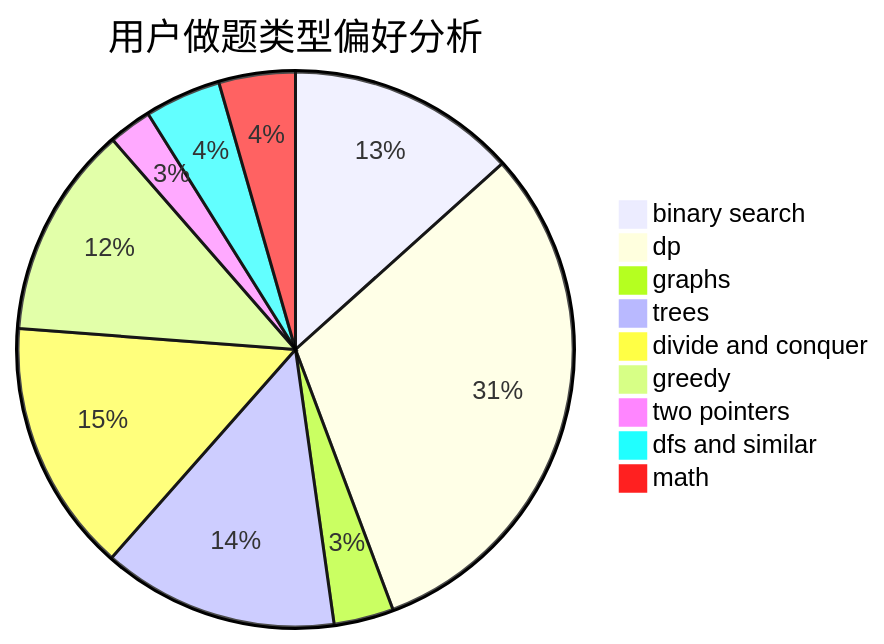
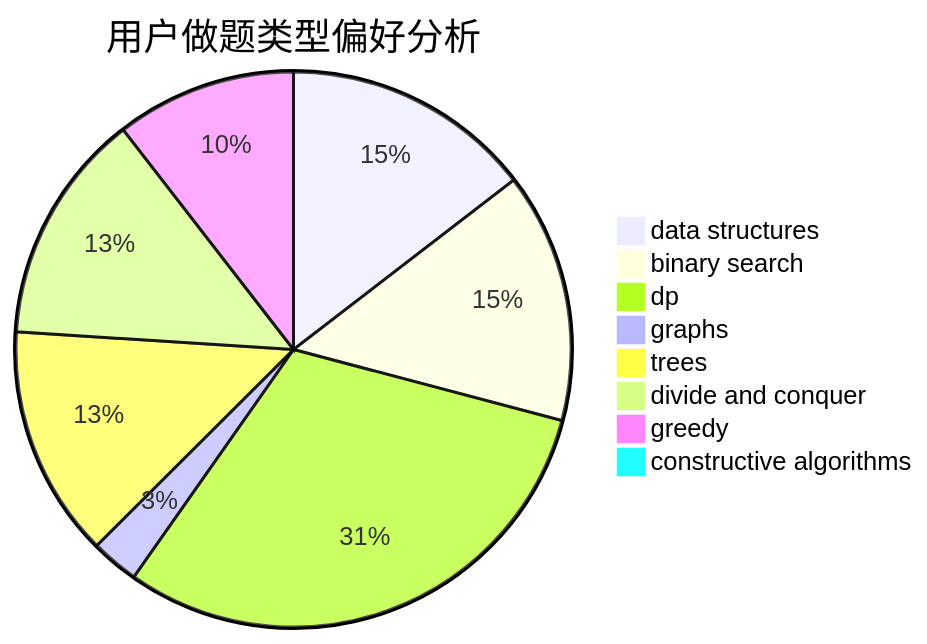
The second of 3 diagrams in docs/user/u29.md (sherpahu/cfrs.github.io), drawn with Mermaid before and after one commit. The commit also changed other lines of this file and 2775 other files, not shown here.

````diff
--- a/docs/user/u29.md
+++ b/docs/user/u29.md
@@ -23,12 +23,11 @@
 ```mermaid
 pie title 用户做题类型偏好分析
-    "binary search" :  69
-    "dp" :  160
-    "graphs" :  18
-    "trees" :  71
-    "divide and conquer" :  76
-    "greedy" :  64
-    "two pointers" :  13
-    "dfs and similar" :  23
-    "math" :  23
+    "data structures" :  68
+    "binary search" :  68
+    "dp" :  143
+    "graphs" :  13
+    "trees" :  63
+    "divide and conquer" :  63
+    "greedy" :  49
+    "constructive algorithms" :  0
 ```
````
